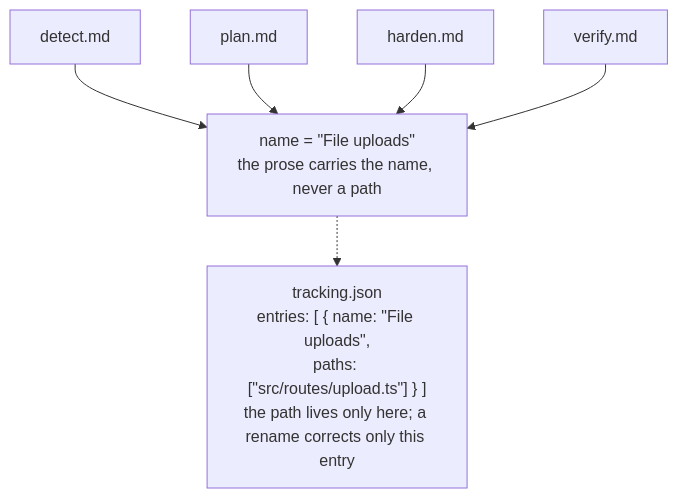
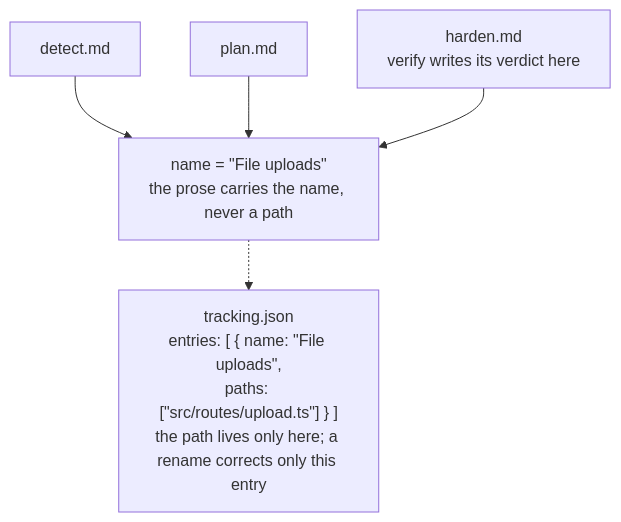
One commit to wellwelwel/lagune changed the second of 4 diagrams in website/src/content/PAPER.mdx. Above: the diagram before and after it, drawn with Mermaid. The commit also changed other lines of this file and 20 other files, not shown here.

````diff
--- a/website/src/content/PAPER.mdx
+++ b/website/src/content/PAPER.mdx
@@ -324,10 +324,9 @@
 ```mermaid
 flowchart TB
     detect["detect.md"] --> name
     plan["plan.md"] --> name
-    harden["harden.md"] --> name
-    verify["verify.md"] --> name
+    harden["harden.md<br/>verify writes its verdict here"] --> name
     name["name = &quot;File uploads&quot;<br/>the prose carries the name, never a path"]
     name -.-> tracking
     tracking["tracking.json<br/>entries: [ { name: &quot;File uploads&quot;,<br/>paths: [&quot;src/routes/upload.ts&quot;] } ]<br/>the path lives only here; a rename corrects only this entry"]
 ```
````
